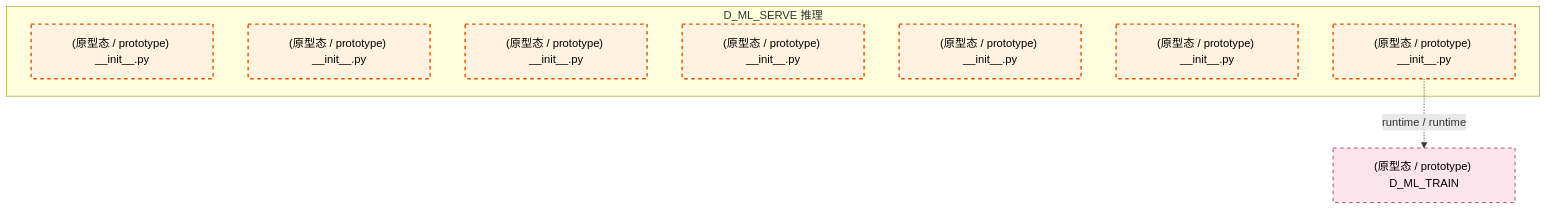
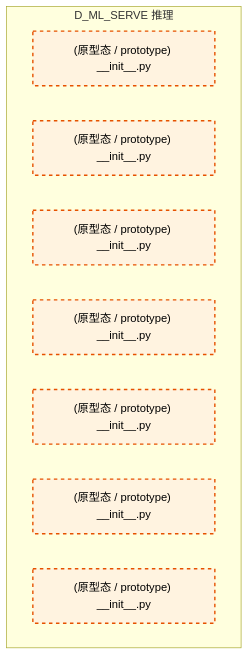
One commit to xuanFelixVan/ZephyrAlpha changed the second of 2 diagrams in docs/02_enterprise_architecture/02_domain_architecture_docs/49_d_ml_serve.md. Above: the diagram before and after it, drawn with Mermaid. The commit also changed other lines of this file and 102 other files, not shown here.

````diff
--- a/docs/02_enterprise_architecture/02_domain_architecture_docs/49_d_ml_serve.md
+++ b/docs/02_enterprise_architecture/02_domain_architecture_docs/49_d_ml_serve.md
@@ -106,20 +103,17 @@
 ```mermaid
 graph TD
     subgraph D_ML_SERVE["D_ML_SERVE 推理"]
         src_zephyr_ml_serve_init_py["(原型态 / prototype) __init__.py"]
         src_zephyr_ml_serve_extensions_init_py["(原型态 / prototype) __init__.py"]
         src_zephyr_ml_serve_api_init_py["(原型态 / prototype) __init__.py"]
         src_zephyr_ml_serve_core_init_py["(原型态 / prototype) __init__.py"]
         src_zephyr_ml_serve_infrastructure_init_py["(原型态 / prototype) __init__.py"]
         src_zephyr_ml_serve_models_init_py["(原型态 / prototype) __init__.py"]
         src_zephyr_ml_serve_services_init_py["(原型态 / prototype) __init__.py"]
     end
-    D_ML_TRAIN["(原型态 / prototype) D_ML_TRAIN"]
-    src_zephyr_ml_serve_services_init_py -.->|runtime / runtime| D_ML_TRAIN
     classDef production fill:#e1f5fe,stroke:#01579b,stroke-width:2px,color:#000
     classDef design fill:#fff3e0,stroke:#e65100,stroke-width:2px,color:#000,stroke-dasharray: 5 5
     classDef external_prod fill:#e8f5e9,stroke:#1b5e20,stroke-width:1px,color:#000
     classDef external_design fill:#fce4ec,stroke:#880e4f,stroke-width:1px,color:#000,stroke-dasharray: 5 5
     class src_zephyr_ml_serve_init_py,src_zephyr_ml_serve_extensions_init_py,src_zephyr_ml_serve_api_init_py,src_zephyr_ml_serve_core_init_py,src_zephyr_ml_serve_infrastructure_init_py,src_zephyr_ml_serve_models_init_py,src_zephyr_ml_serve_services_init_py design
-    class D_ML_TRAIN external_design
 ```
````
